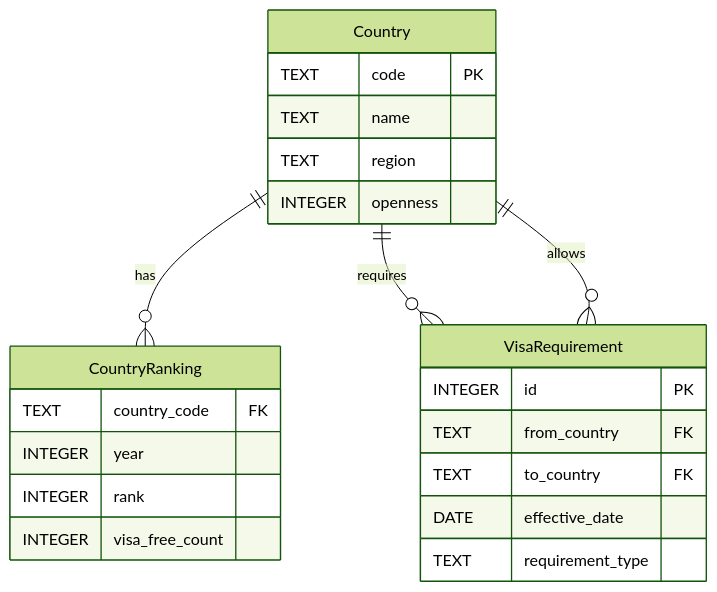
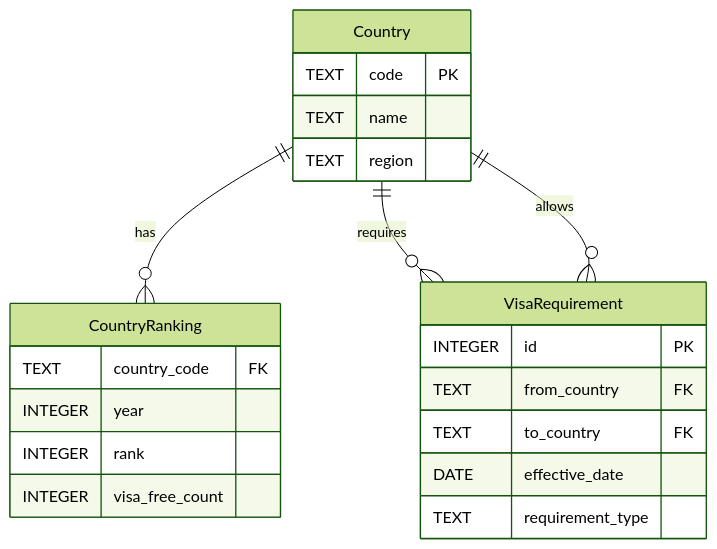
The diagram in README.md (ngshiheng/passportindexdb), drawn with Mermaid (forest theme) before and after one commit. The commit also changed 1 other file, not shown here.

````diff
--- a/README.md
+++ b/README.md
@@ -7,26 +7,25 @@
 ```mermaid
 erDiagram
     Country {
         TEXT code PK
         TEXT name
         TEXT region
-        INTEGER openness
     }
     CountryRanking {
         TEXT country_code FK
         INTEGER year
         INTEGER rank
         INTEGER visa_free_count
     }
     VisaRequirement {
         INTEGER id PK
         TEXT from_country FK
         TEXT to_country FK
         DATE effective_date
         TEXT requirement_type
     }
 
     Country ||--o{ CountryRanking : has
     Country ||--o{ VisaRequirement : requires
     Country ||--o{ VisaRequirement : allows
 ```
````
